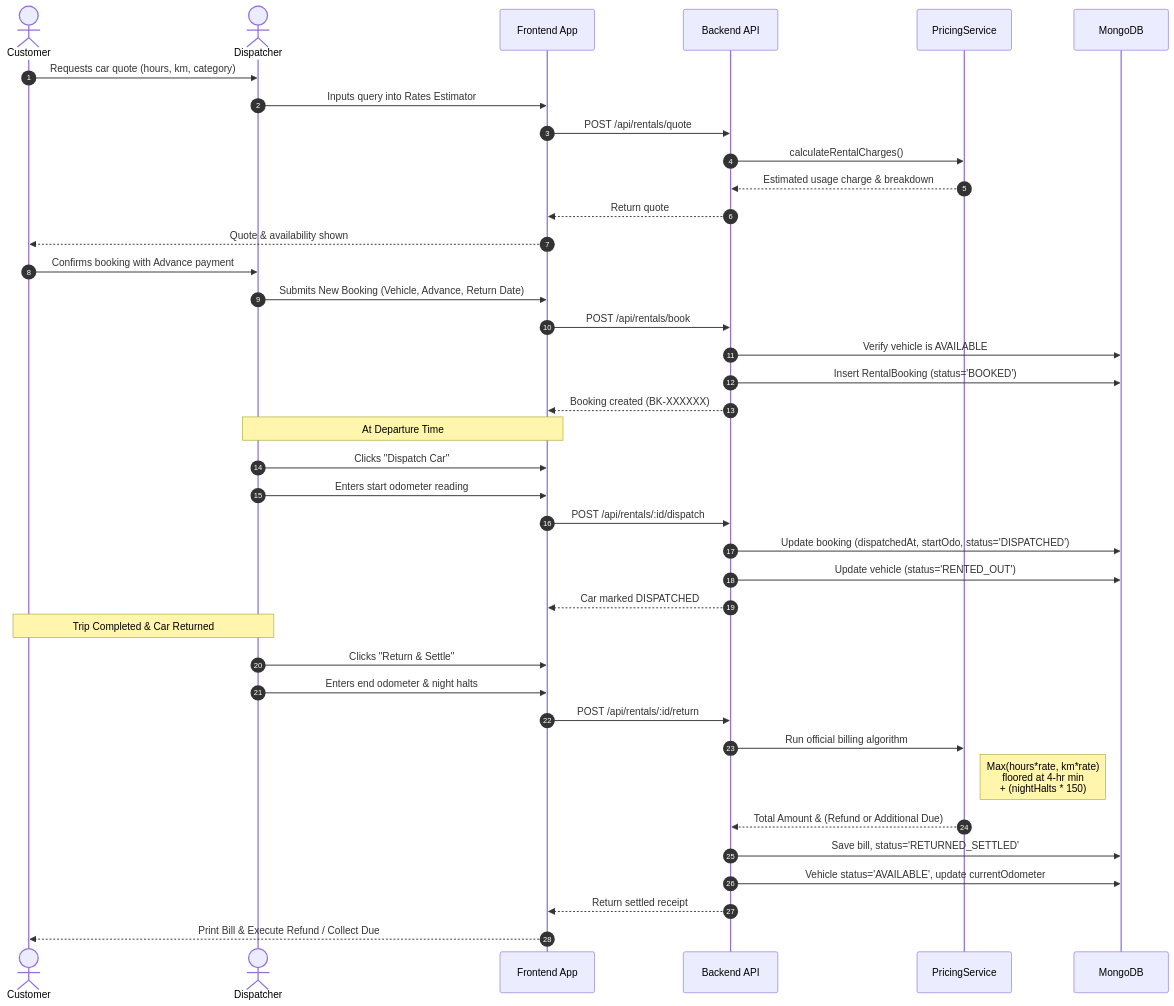
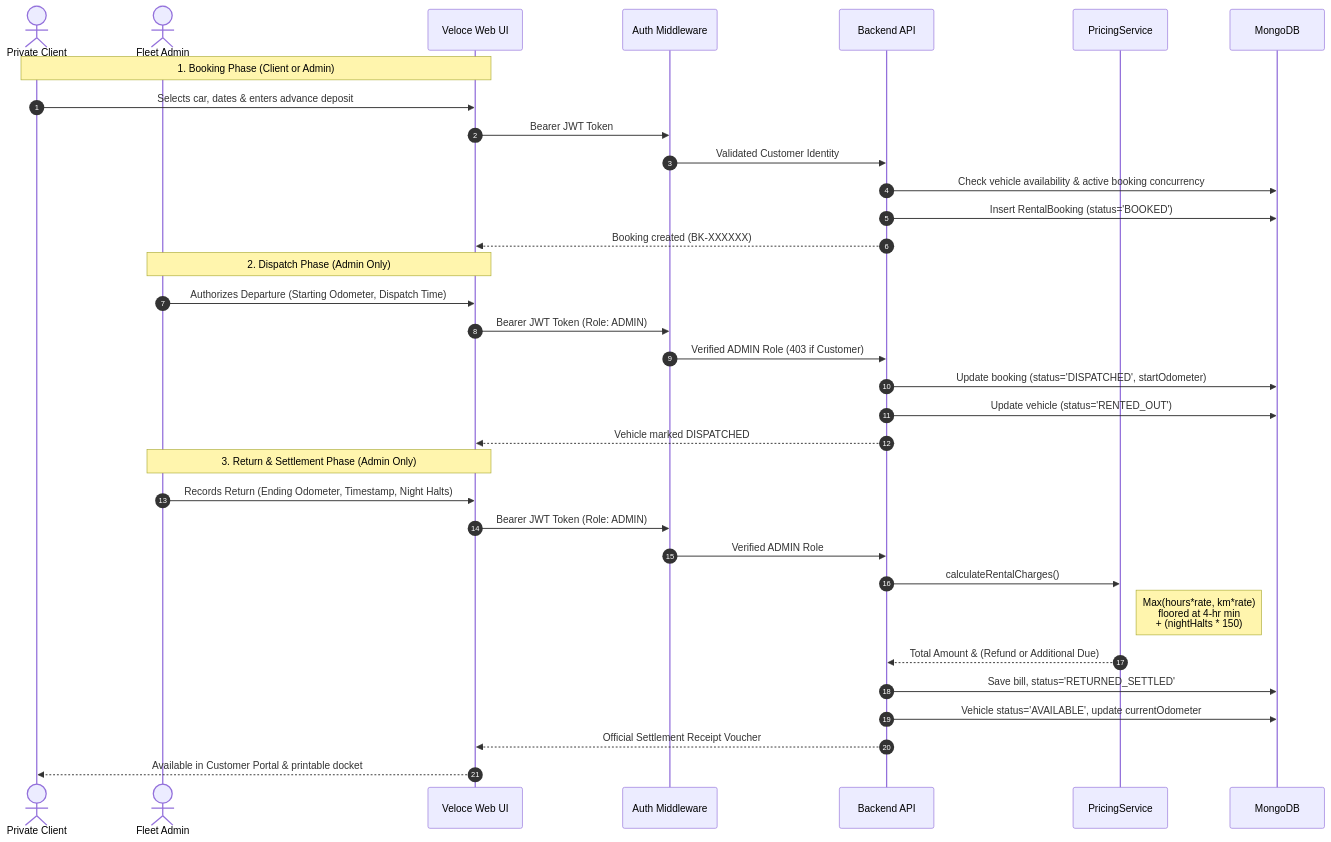
The third of 5 diagrams in fleet_automation_documentation.md (07nil02/SWE), drawn with Mermaid before and after one commit. The commit also changed other lines of this file, not shown here.

````diff
--- a/fleet_automation_documentation.md
+++ b/fleet_automation_documentation.md
@@ -150,45 +172,39 @@
 ```mermaid
 sequenceDiagram
     autonumber
-    actor Customer
-    actor Dispatcher
-    participant UI as Frontend App
+    actor Customer as Private Client
+    actor Admin as Fleet Admin
+    participant UI as Veloce Web UI
+    participant Auth as Auth Middleware
     participant API as Backend API
     participant Pricing as PricingService
     participant DB as MongoDB
 
-    Customer->>Dispatcher: Requests car quote (hours, km, category)
-    Dispatcher->>UI: Inputs query into Rates Estimator
-    UI->>API: POST /api/rentals/quote
-    API->>Pricing: calculateRentalCharges()
-    Pricing-->>API: Estimated usage charge & breakdown
-    API-->>UI: Return quote
-    UI-->>Customer: Quote & availability shown
-
-    Customer->>Dispatcher: Confirms booking with Advance payment
-    Dispatcher->>UI: Submits New Booking (Vehicle, Advance, Return Date)
-    UI->>API: POST /api/rentals/book
-    API->>DB: Verify vehicle is AVAILABLE
+    Note over Customer,UI: 1. Booking Phase (Client or Admin)
+    Customer->>UI: Selects car, dates & enters advance deposit
+    UI->>Auth: Bearer JWT Token
+    Auth->>API: Validated Customer Identity
+    API->>DB: Check vehicle availability & active booking concurrency
     API->>DB: Insert RentalBooking (status='BOOKED')
     API-->>UI: Booking created (BK-XXXXXX)
 
-    Note over Dispatcher,UI: At Departure Time
-    Dispatcher->>UI: Clicks "Dispatch Car"
-    Dispatcher->>UI: Enters start odometer reading
-    UI->>API: POST /api/rentals/:id/dispatch
-    API->>DB: Update booking (dispatchedAt, startOdo, status='DISPATCHED')
+    Note over Admin,UI: 2. Dispatch Phase (Admin Only)
+    Admin->>UI: Authorizes Departure (Starting Odometer, Dispatch Time)
+    UI->>Auth: Bearer JWT Token (Role: ADMIN)
+    Auth->>API: Verified ADMIN Role (403 if Customer)
+    API->>DB: Update booking (status='DISPATCHED', startOdometer)
     API->>DB: Update vehicle (status='RENTED_OUT')
-    API-->>UI: Car marked DISPATCHED
+    API-->>UI: Vehicle marked DISPATCHED
 
-    Note over Customer,Dispatcher: Trip Completed & Car Returned
-    Dispatcher->>UI: Clicks "Return & Settle"
-    Dispatcher->>UI: Enters end odometer & night halts
-    UI->>API: POST /api/rentals/:id/return
-    API->>Pricing: Run official billing algorithm
+    Note over Admin,UI: 3. Return & Settlement Phase (Admin Only)
+    Admin->>UI: Records Return (Ending Odometer, Timestamp, Night Halts)
+    UI->>Auth: Bearer JWT Token (Role: ADMIN)
+    Auth->>API: Verified ADMIN Role
+    API->>Pricing: calculateRentalCharges()
     Note right of Pricing: Max(hours*rate, km*rate)<br/>floored at 4-hr min<br/>+ (nightHalts * 150)
     Pricing-->>API: Total Amount & (Refund or Additional Due)
     API->>DB: Save bill, status='RETURNED_SETTLED'
     API->>DB: Vehicle status='AVAILABLE', update currentOdometer
-    API-->>UI: Return settled receipt
-    UI-->>Customer: Print Bill & Execute Refund / Collect Due
+    API-->>UI: Official Settlement Receipt Voucher
+    UI-->>Customer: Available in Customer Portal & printable docket
 ```
````
